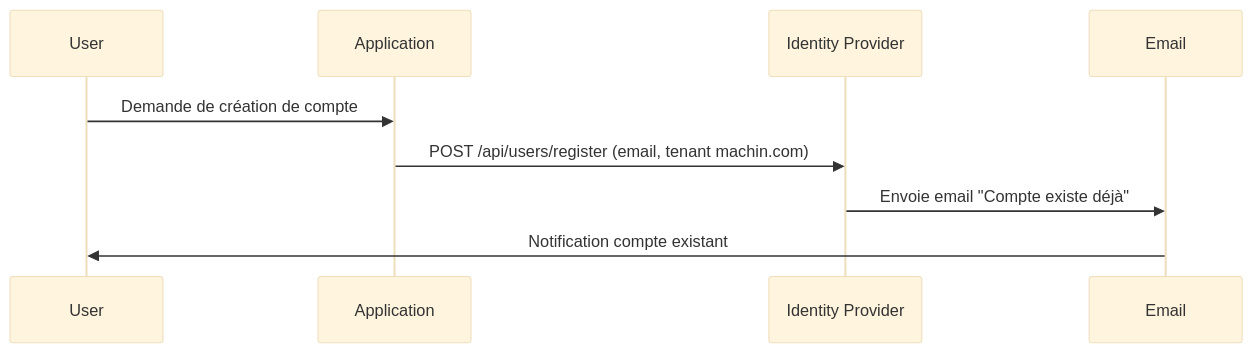
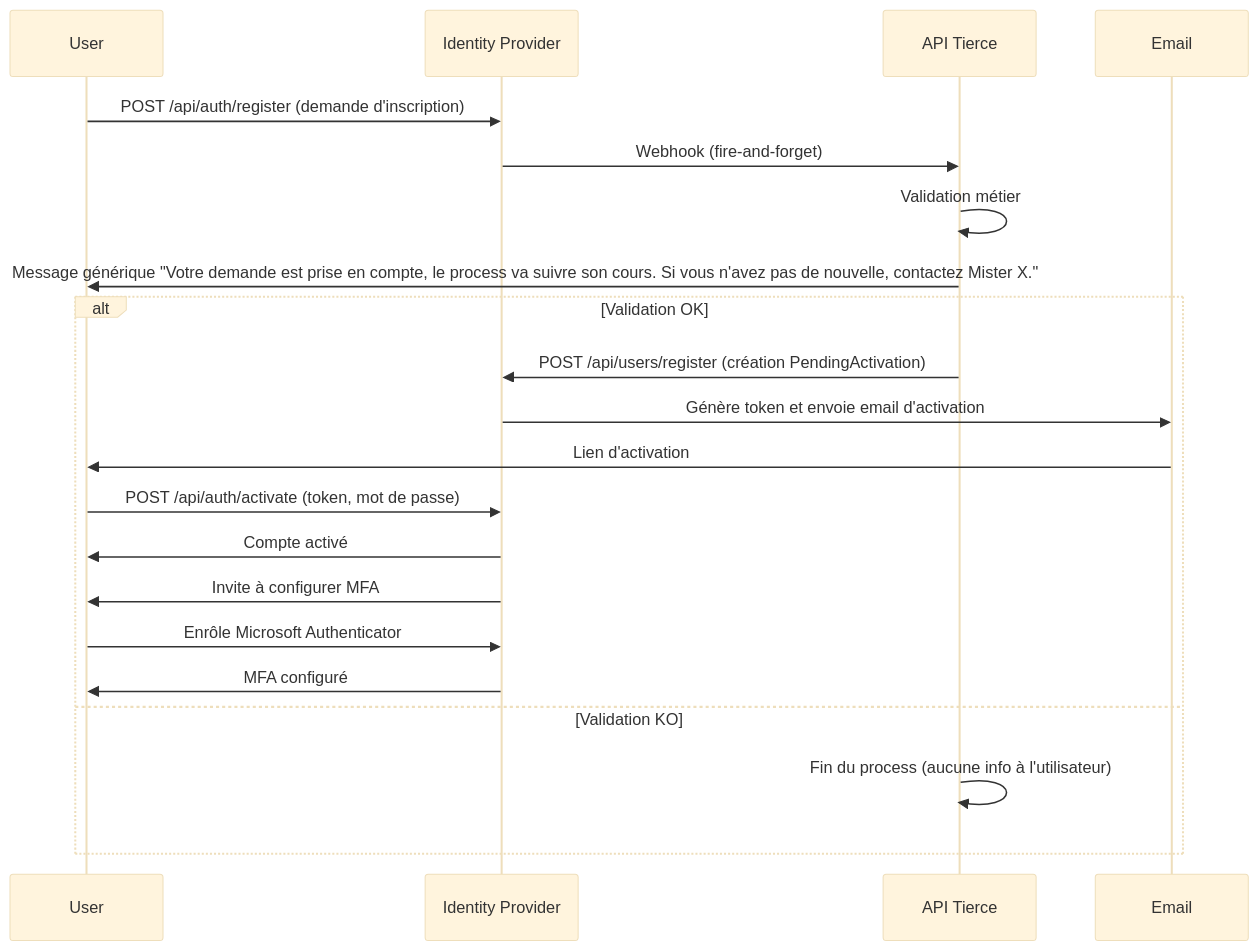
One commit to FantasticJoho/johodp changed the third of 8 diagrams in docs/identity-flows-mermaid-mfa.md. Above: the diagram before and after it, drawn with Mermaid (base theme). The commit also changed other lines of this file and 1 other file, not shown here.

Commit message:
feat: Enhance onboarding flow diagrams with MFA and API integration details

````diff
--- a/docs/identity-flows-mermaid-mfa.md
+++ b/docs/identity-flows-mermaid-mfa.md
@@ -25,12 +45,24 @@
 ```mermaid
 sequenceDiagram
     participant User
-    participant App as Application
     participant IdP as Identity Provider
+    participant ApiTierce as API Tierce
     participant Email
 
-    User->>App: Demande de création de compte
-    App->>IdP: POST /api/users/register (email, tenant machin.com)
-    IdP->>Email: Envoie email "Compte existe déjà"
-    Email->>User: Notification compte existant
+    User->>IdP: POST /api/auth/register (demande d'inscription)
+    IdP->>ApiTierce: Webhook (fire-and-forget)
+    ApiTierce->>ApiTierce: Validation métier
+    ApiTierce->>User: Message générique "Votre demande est prise en compte, le process va suivre son cours. Si vous n'avez pas de nouvelle, contactez Mister X."
+    alt Validation OK
+        ApiTierce->>IdP: POST /api/users/register (création PendingActivation)
+        IdP->>Email: Génère token et envoie email d'activation
+        Email->>User: Lien d'activation
+        User->>IdP: POST /api/auth/activate (token, mot de passe)
+        IdP->>User: Compte activé
+        IdP->>User: Invite à configurer MFA
+        User->>IdP: Enrôle Microsoft Authenticator
+        IdP->>User: MFA configuré
+    else Validation KO
+        ApiTierce->>ApiTierce: Fin du process (aucune info à l'utilisateur)
+    end
 ```
````
